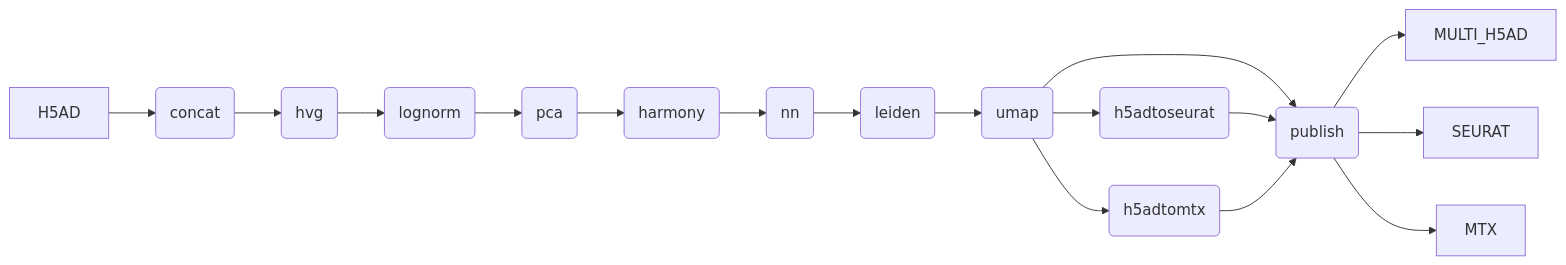
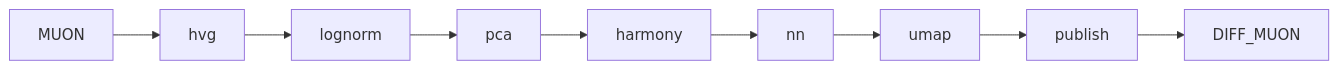
Before and after one commit to openpipelines-bio/openpipeline: the diagram in docs/mermaid/harmony-integration.mermaid, drawn with Mermaid. The commit also changed 15 other files, not shown here.

```diff
--- a/docs/mermaid/harmony-integration.mermaid
+++ b/docs/mermaid/harmony-integration.mermaid
@@ -1,21 +1,3 @@
 graph LR
-    H5AD[H5AD]
-    MULTI_H5AD[MULTI_H5AD]
-    SEURAT[SEURAT]
-    MTX[MTX]
-    
-    concat(concat)
-    lognorm(lognorm)
-    hvg(hvg)
-    pca(pca)
-    harmony(harmony)
-    nn(nn)
-    leiden(leiden)
-    umap(umap)
-    publish(publish)
-    h5adtoseurat(h5adtoseurat)
-    h5adtomtx(h5adtomtx)
-
-    H5AD --> concat --> hvg --> lognorm  --> pca --> harmony --> nn --> leiden --> umap --> publish --> MULTI_H5AD
-    umap --> h5adtoseurat --> publish --> SEURAT
-    umap --> h5adtomtx --> publish --> MTX
+    MUON --> hvg --> lognorm  --> pca --> harmony 
+    harmony --> nn --> umap --> publish --> DIFF_MUON
```
